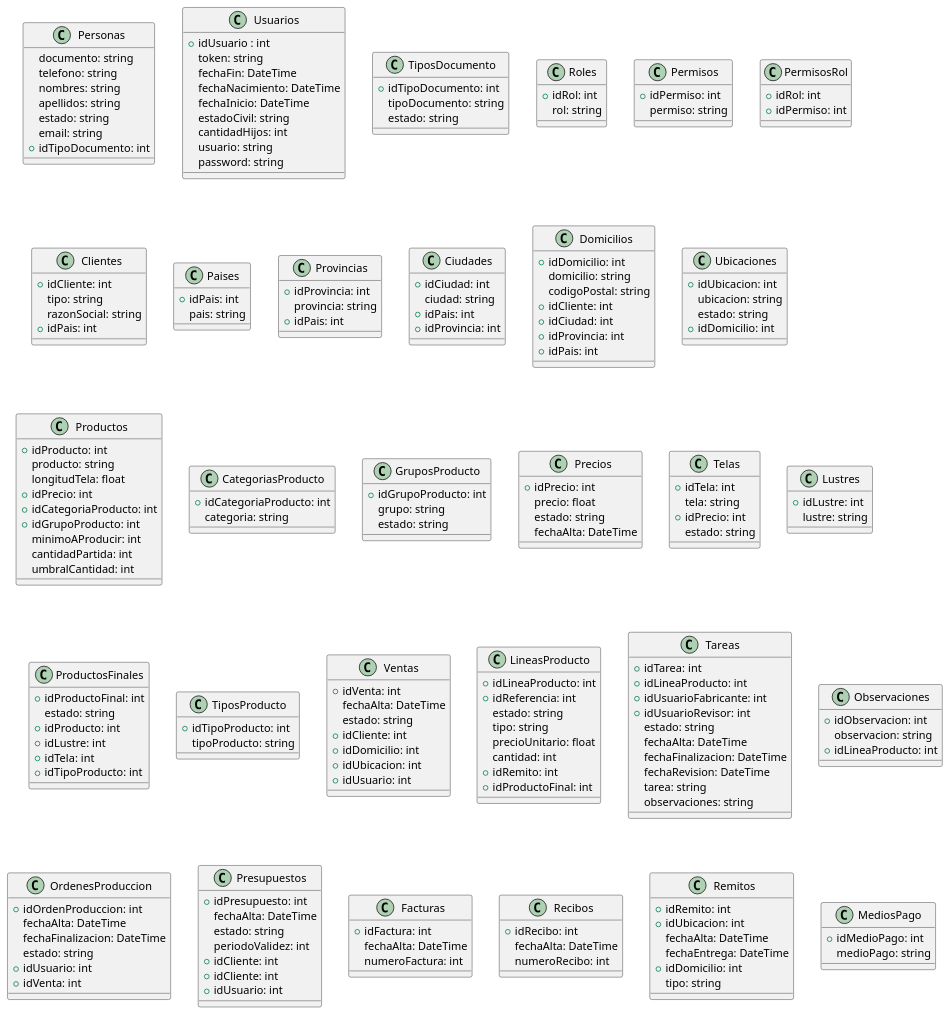
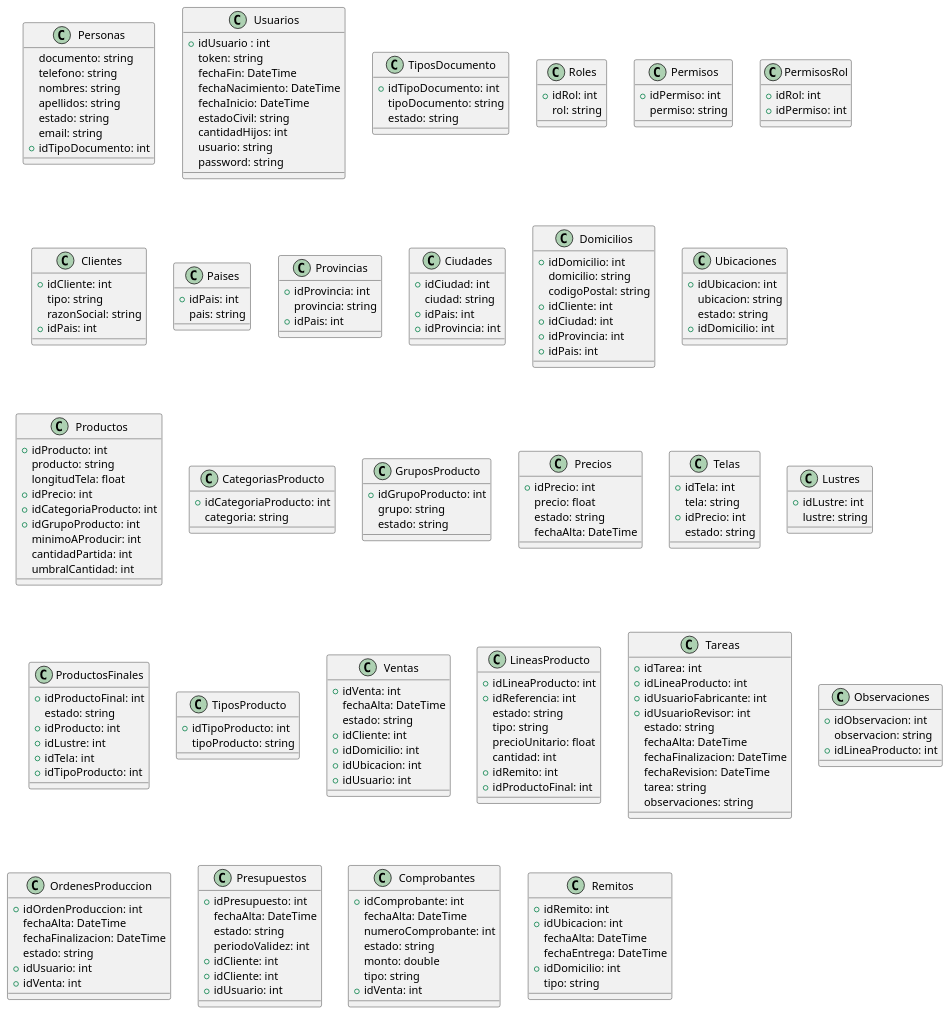
Before and after one commit to ZMGestion/DocumentacionZMGestion: the diagram in DiagramaClases/Clases.puml, drawn with PlantUML. The commit also changed 7 other files, not shown here.

Commit message:
Nuevo DiagramasDeActividad y cambios en DiagramasDeEstado

```diff
--- a/DiagramaClases/Clases.puml
+++ b/DiagramaClases/Clases.puml
@@ -199,17 +199,16 @@
     +idUsuario: int
 }
 
-class Facturas{
-    +idFactura: int
+class Comprobantes{
+    +idComprobante: int
     fechaAlta: DateTime
-    numeroFactura: int
+    numeroComprobante: int
+    estado: string
+    monto: double
+    tipo: string
+    +idVenta: int
 }
 
-class Recibos{
-    +idRecibo: int
-    fechaAlta: DateTime
-    numeroRecibo: int
-}
 
 class Remitos{
     +idRemito: int
@@ -221,11 +220,5 @@
 
 }
 
-class MediosPago{
-    +idMedioPago: int
-    medioPago: string
-}
-
-
 
 @enduml
```
